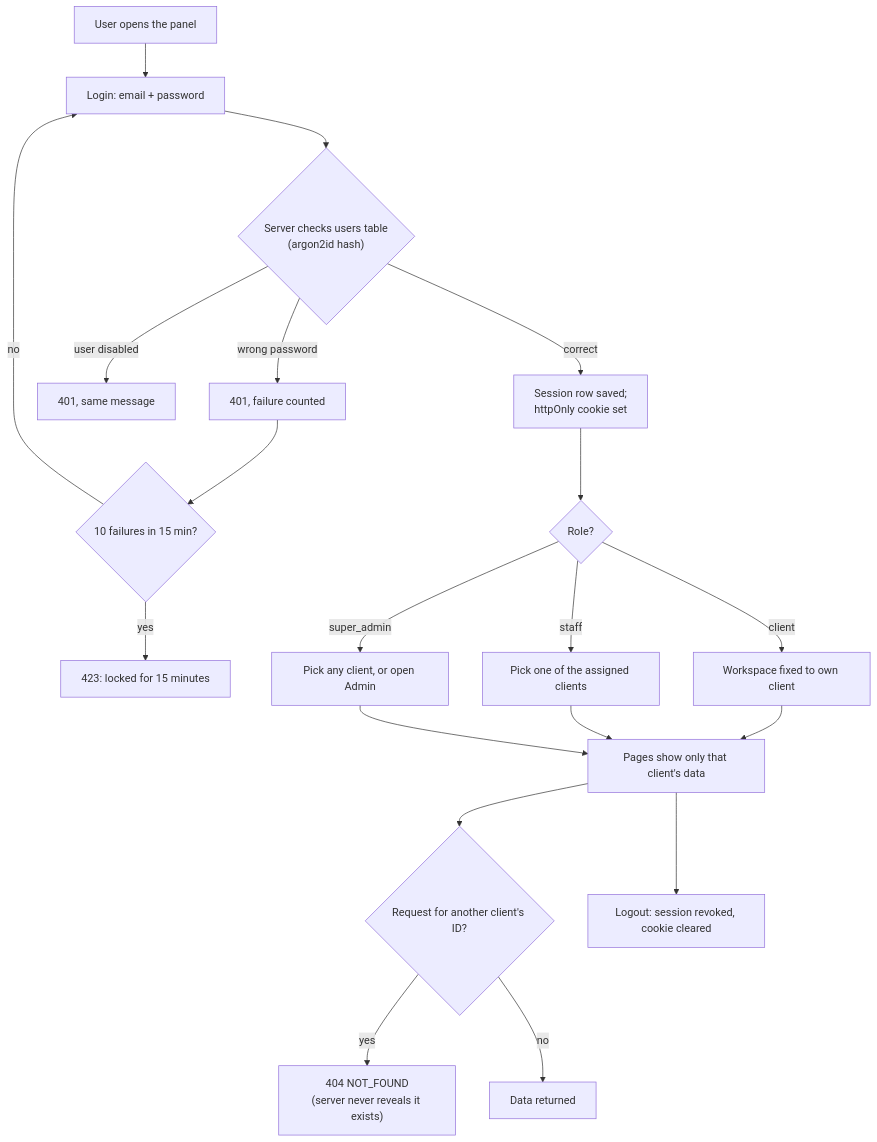
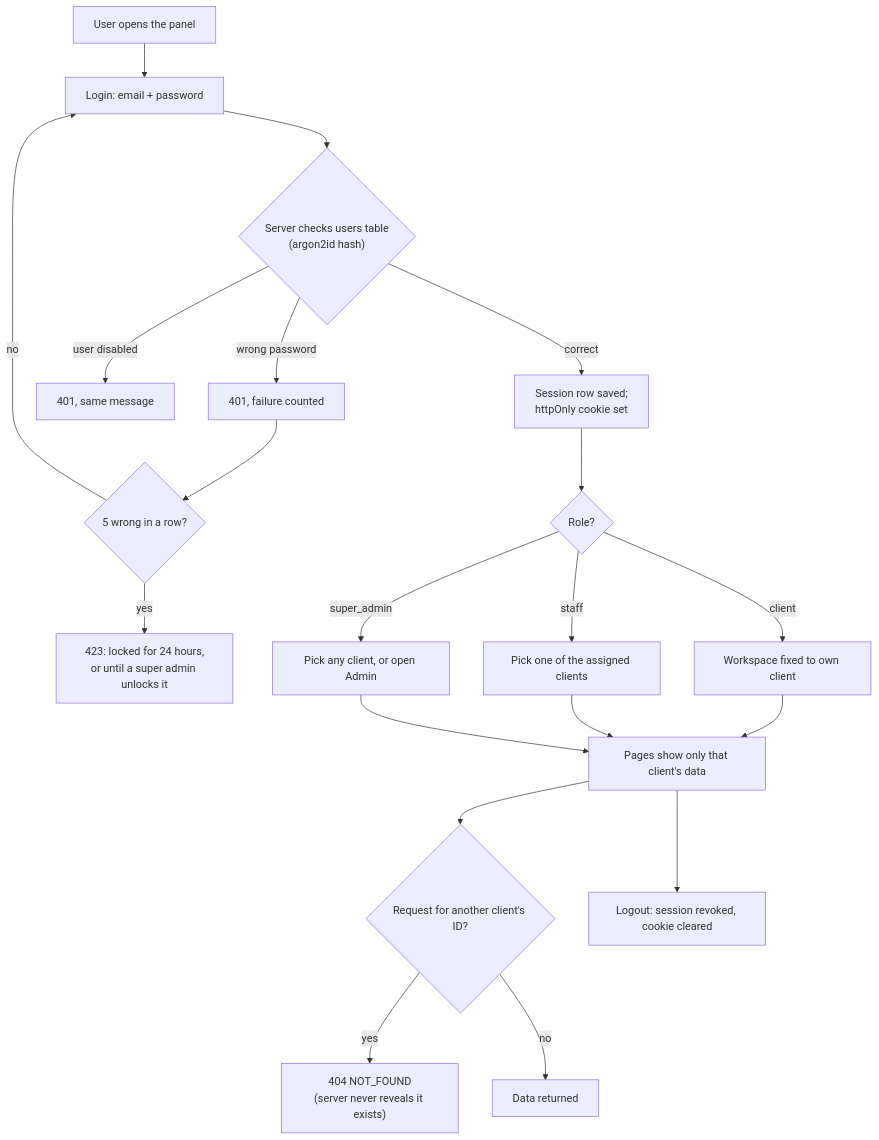
One commit to reaplift/reaplift-bsp changed the diagram in docs/milestones/m1-login-and-access/spec.md. Above: the diagram before and after it, drawn with Mermaid. The commit also changed other lines of this file and 46 other files, not shown here.

````diff
--- a/docs/milestones/m1-login-and-access/spec.md
+++ b/docs/milestones/m1-login-and-access/spec.md
@@ -14,22 +14,22 @@
 ```mermaid
 flowchart TD
   A["User opens the panel"] --> B["Login: email + password"]
   B --> C{"Server checks users table<br/>(argon2id hash)"}
   C -- "wrong password" --> D["401, failure counted"]
-  D --> E{"10 failures in 15 min?"}
-  E -- "yes" --> F["423: locked for 15 minutes"]
+  D --> E{"5 wrong in a row?"}
+  E -- "yes" --> F["423: locked for 24 hours,<br/>or until a super admin unlocks it"]
   E -- "no" --> B
   C -- "user disabled" --> G["401, same message"]
   C -- "correct" --> H["Session row saved;<br/>httpOnly cookie set"]
   H --> I{"Role?"}
   I -- "client" --> J["Workspace fixed to own client"]
   I -- "staff" --> K["Pick one of the assigned clients"]
   I -- "super_admin" --> L["Pick any client, or open Admin"]
   J --> M["Pages show only that client's data"]
   K --> M
   L --> M
   M --> N{"Request for another client's ID?"}
   N -- "yes" --> O["404 NOT_FOUND<br/>(server never reveals it exists)"]
   N -- "no" --> P["Data returned"]
   M --> Q["Logout: session revoked, cookie cleared"]
 ```
````
